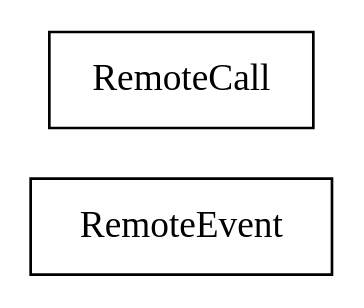
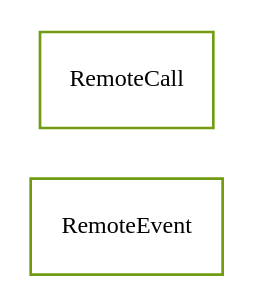
The diagram in docs/com/sekati/remoting/classes.dot (sekati/sasapi), drawn with Graphviz before and after one commit. The commit also changed 125 other files, not shown here.

```diff
--- a/docs/com/sekati/remoting/classes.dot
+++ b/docs/com/sekati/remoting/classes.dot
@@ -1,15 +1,21 @@
 strict digraph class_diagram {
   rankdir=LR;
   TypeRemoteEvent[
     label="RemoteEvent",
     URL="RemoteEvent.html",
     tooltip="com.sekati.remoting.RemoteEvent",
+    fontname="Verdana",
+    fontsize="9"
+    color="#729b12"
     shape="record"
   ];
   TypeRemoteCall[
     label="RemoteCall",
     URL="RemoteCall.html",
     tooltip="com.sekati.remoting.RemoteCall",
+    fontname="Verdana",
+    fontsize="9"
+    color="#729b12"
     shape="record"
   ];
 }
```
